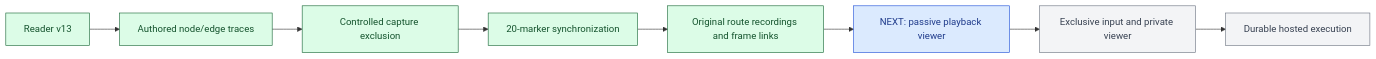
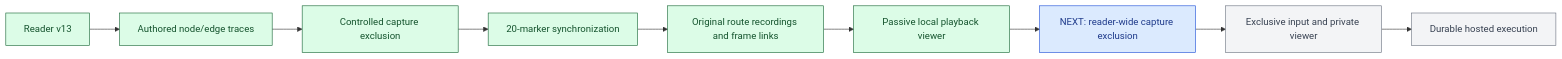
One commit to jvelezc/ai-screen-reader changed the diagram in docs/development-status.md. Above: the diagram before and after it, drawn with Mermaid. The commit also changed other lines of this file and 13 other files, not shown here.

Commit message:
Add passive original-video evidence viewer with selectable traversal trace

````diff
--- a/docs/development-status.md
+++ b/docs/development-status.md
@@ -27,17 +27,18 @@
 ```mermaid
 flowchart LR
     Reader[Reader v13] --> Trace[Authored node/edge traces]
     Trace --> Privacy[Controlled capture exclusion]
     Privacy --> Timing[20-marker synchronization]
     Timing --> Recording[Original route recordings and frame links]
-    Recording --> Next[NEXT: passive playback viewer]
+    Recording --> Viewer[Passive local playback viewer]
+    Viewer --> Next[NEXT: reader-wide capture exclusion]
     Next --> Control[Exclusive input and private viewer]
     Control --> Durable[Durable hosted execution]
     classDef done fill:#dcfce7,stroke:#166534,color:#14532d
     classDef next fill:#dbeafe,stroke:#1d4ed8,color:#1e3a8a
     classDef planned fill:#f3f4f6,stroke:#6b7280,color:#374151
-    class Reader,Trace,Privacy,Timing,Recording done
+    class Reader,Trace,Privacy,Timing,Recording,Viewer done
     class Next next
     class Control,Durable planned
-    click Next "decisions/0022-traversal-recording-evidence.md#next-passive-evidence-viewer"
+    click Next "decisions/0023-passive-evidence-viewer.md#next-reader-wide-capture-exclusion"
 ```
````
